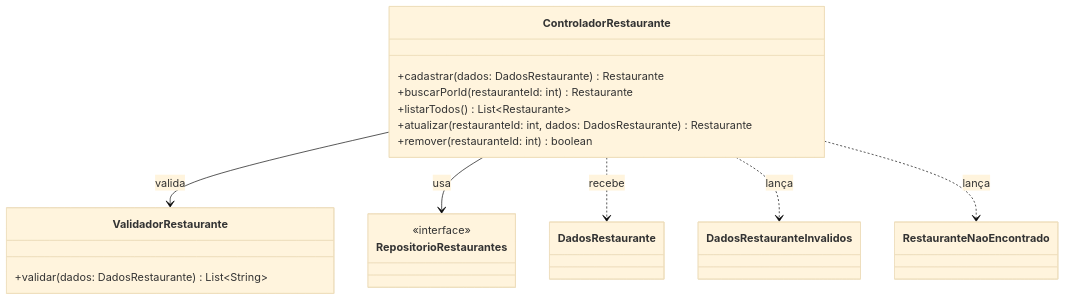
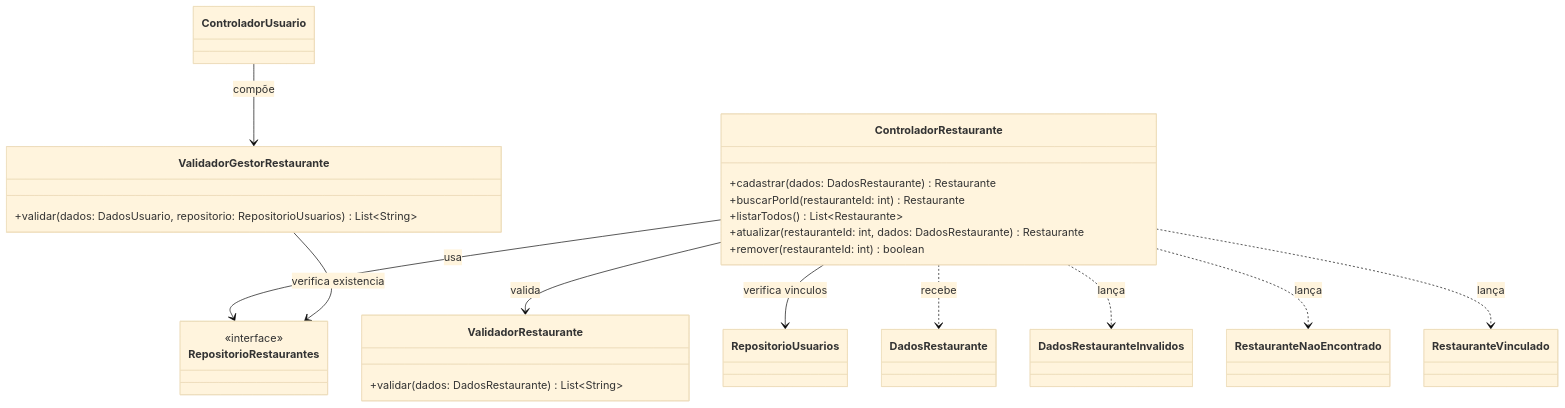
The third of 6 diagrams in docs/08-projeto.md (henriquesantos007/Sistema-de-Agendamento-de-Almoco), drawn with Mermaid (base theme) before and after one commit. The commit also changed other lines of this file and 10 other files, not shown here.

Commit message:
feat(restaurantes): validar vínculo de gestor com restaurante

````diff
--- a/docs/08-projeto.md
+++ b/docs/08-projeto.md
@@ -314,27 +318,38 @@
 ```mermaid
 classDiagram
     class ControladorRestaurante {
         +cadastrar(dados: DadosRestaurante) Restaurante
         +buscarPorId(restauranteId: int) Restaurante
         +listarTodos() List~Restaurante~
         +atualizar(restauranteId: int, dados: DadosRestaurante) Restaurante
         +remover(restauranteId: int) boolean
     }
 
     class ValidadorRestaurante {
         +validar(dados: DadosRestaurante) List~String~
     }
 
+    class ValidadorGestorRestaurante {
+        +validar(dados: DadosUsuario, repositorio: RepositorioUsuarios) List~String~
+    }
+
+    class ControladorUsuario
+
     class RepositorioRestaurantes {
         <<interface>>
     }
 
     class DadosRestauranteInvalidos
     class RestauranteNaoEncontrado
+    class RestauranteVinculado
 
     ControladorRestaurante --> ValidadorRestaurante : valida
     ControladorRestaurante --> RepositorioRestaurantes : usa
+    ControladorRestaurante --> RepositorioUsuarios : verifica vinculos
     ControladorRestaurante ..> DadosRestaurante : recebe
     ControladorRestaurante ..> DadosRestauranteInvalidos : lança
     ControladorRestaurante ..> RestauranteNaoEncontrado : lança
+    ControladorRestaurante ..> RestauranteVinculado : lança
+    ControladorUsuario --> ValidadorGestorRestaurante : compõe
+    ValidadorGestorRestaurante --> RepositorioRestaurantes : verifica existencia
 ```
````
